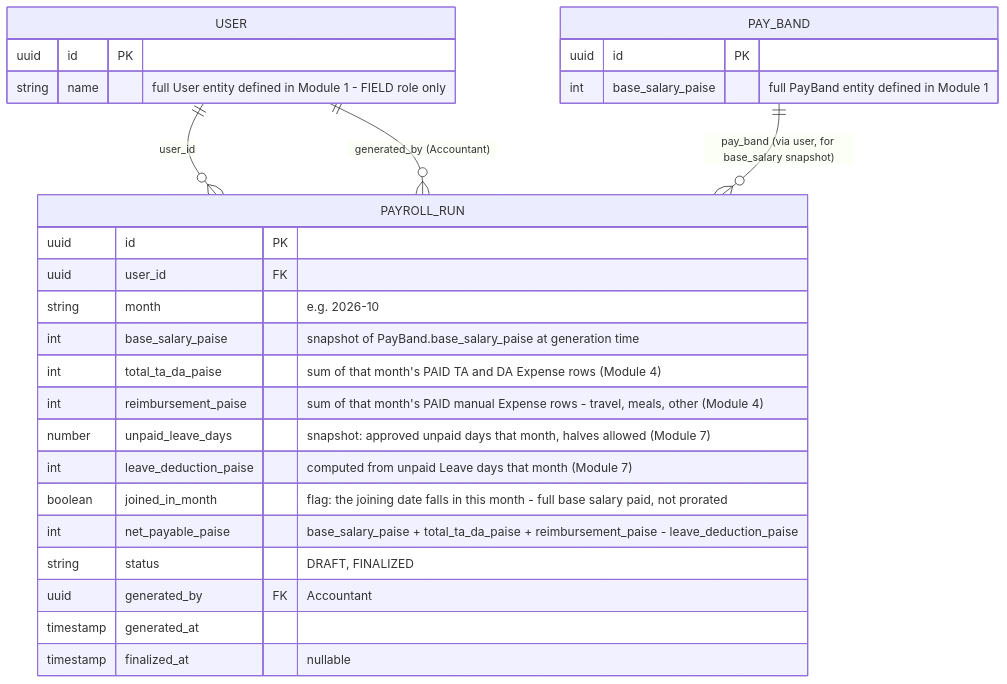
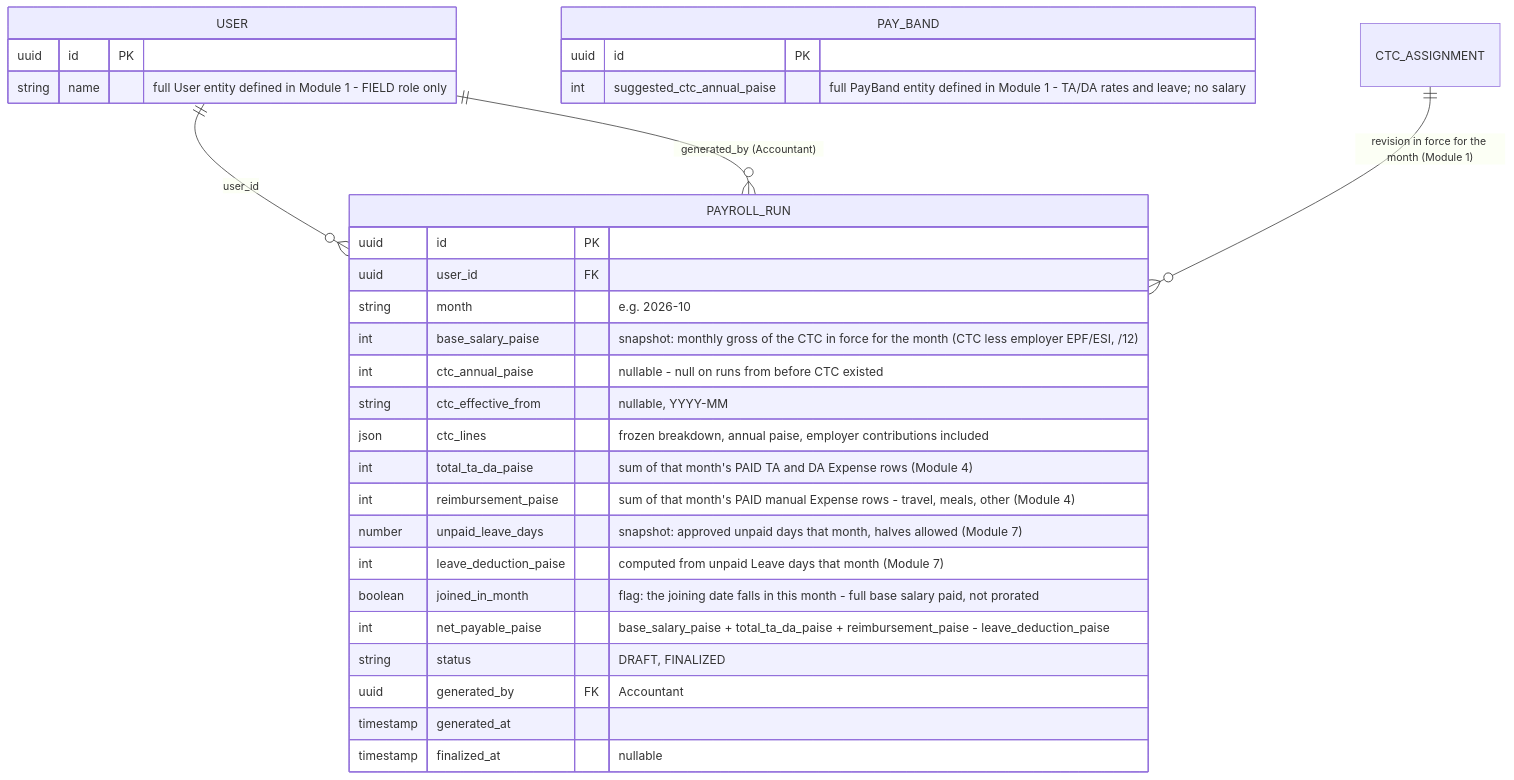
One commit to reboot-ai-private-limited/greynote changed the diagram in docs/erd/09-payroll.md. Above: the diagram before and after it, drawn with Mermaid. The commit also changed other lines of this file and 32 other files, not shown here.

First line of the commit message:
feat(payroll): pay from the CTC in force; Pay Band no longer carries a salary

````diff
--- a/docs/erd/09-payroll.md
+++ b/docs/erd/09-payroll.md
@@ -7,32 +7,35 @@
 ```mermaid
 erDiagram
     USER {
         uuid id PK
         string name "full User entity defined in Module 1 - FIELD role only"
     }
     PAY_BAND {
         uuid id PK
-        int base_salary_paise "full PayBand entity defined in Module 1"
+        int suggested_ctc_annual_paise "full PayBand entity defined in Module 1 - TA/DA rates and leave; no salary"
     }
 
     PAYROLL_RUN {
         uuid id PK
         uuid user_id FK
         string month "e.g. 2026-10"
-        int base_salary_paise "snapshot of PayBand.base_salary_paise at generation time"
+        int base_salary_paise "snapshot: monthly gross of the CTC in force for the month (CTC less employer EPF/ESI, /12)"
+        int ctc_annual_paise "nullable - null on runs from before CTC existed"
+        string ctc_effective_from "nullable, YYYY-MM"
+        json ctc_lines "frozen breakdown, annual paise, employer contributions included"
         int total_ta_da_paise "sum of that month's PAID TA and DA Expense rows (Module 4)"
         int reimbursement_paise "sum of that month's PAID manual Expense rows - travel, meals, other (Module 4)"
         number unpaid_leave_days "snapshot: approved unpaid days that month, halves allowed (Module 7)"
         int leave_deduction_paise "computed from unpaid Leave days that month (Module 7)"
         boolean joined_in_month "flag: the joining date falls in this month - full base salary paid, not prorated"
         int net_payable_paise "base_salary_paise + total_ta_da_paise + reimbursement_paise - leave_deduction_paise"
         string status "DRAFT, FINALIZED"
         uuid generated_by FK "Accountant"
         timestamp generated_at
         timestamp finalized_at "nullable"
     }
 
     USER ||--o{ PAYROLL_RUN : "user_id"
-    PAY_BAND ||--o{ PAYROLL_RUN : "pay_band (via user, for base_salary snapshot)"
+    CTC_ASSIGNMENT ||--o{ PAYROLL_RUN : "revision in force for the month (Module 1)"
     USER ||--o{ PAYROLL_RUN : "generated_by (Accountant)"
 ```
````
